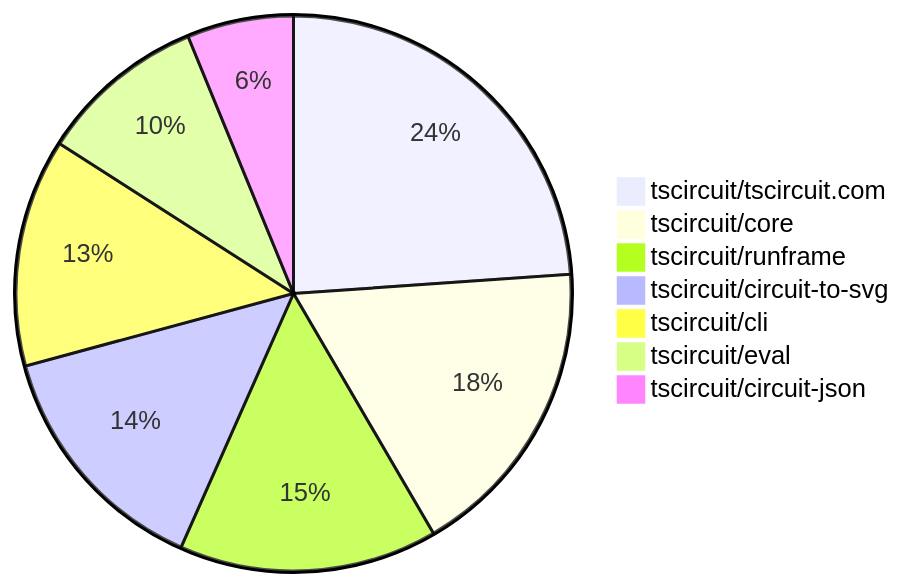
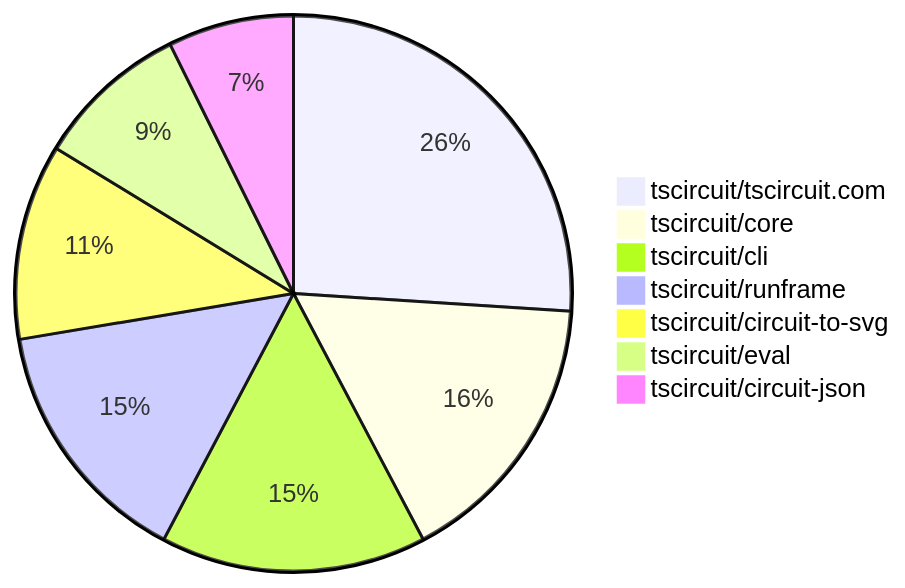
The second of 2 diagrams in README.md (tscircuit/contribution-tracker), drawn with Mermaid before and after one commit. The commit also changed other lines of this file and 3 other files, not shown here.

````diff
--- a/README.md
+++ b/README.md
@@ -115,10 +116,10 @@
 ```mermaid
 pie
-    "tscircuit/tscircuit.com" : 27
+    "tscircuit/tscircuit.com" : 32
     "tscircuit/core" : 20
-    "tscircuit/runframe" : 17
-    "tscircuit/circuit-to-svg" : 16
-    "tscircuit/cli" : 15
+    "tscircuit/cli" : 19
+    "tscircuit/runframe" : 18
+    "tscircuit/circuit-to-svg" : 14
     "tscircuit/eval" : 11
-    "tscircuit/circuit-json" : 7
+    "tscircuit/circuit-json" : 9
 ```
````
